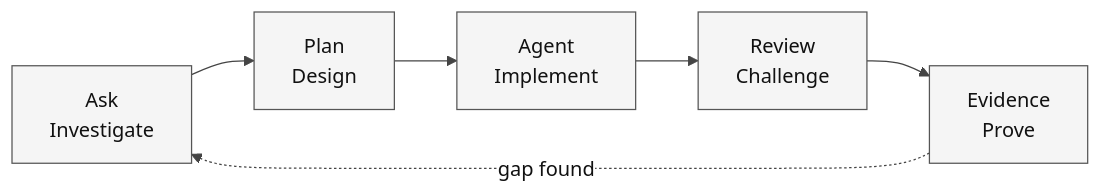
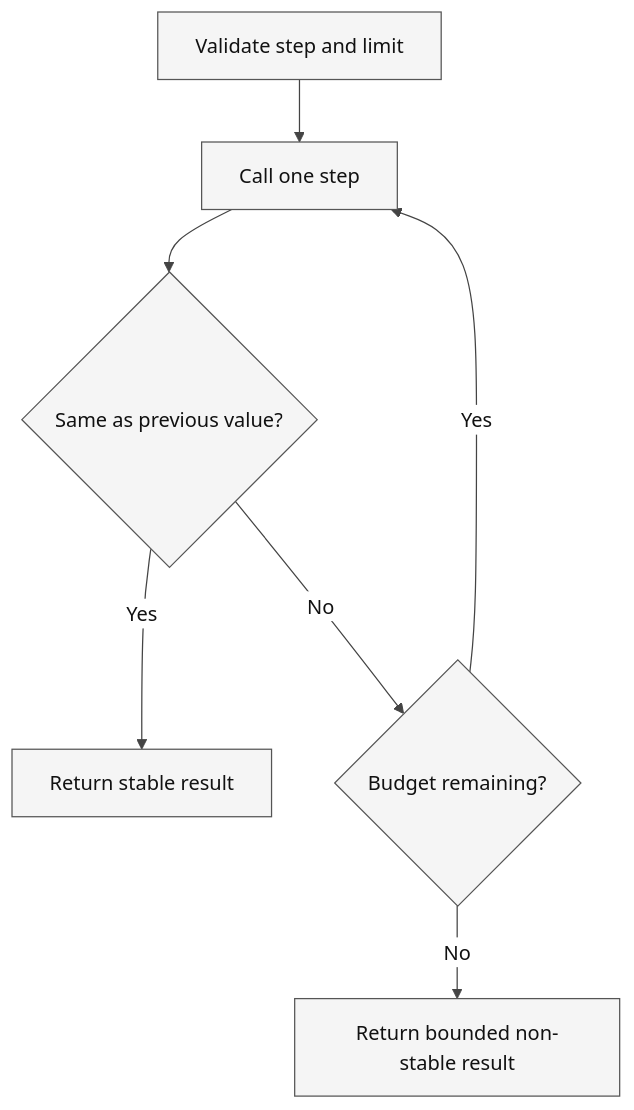
Before and after one commit to workshop-gbb/awesome-copilot-adventures: the diagram in adventures/01-basics/tempora-loop/README.md, drawn with Mermaid. The commit also changed other lines of this file and 215 other files, not shown here.

````diff
--- a/adventures/01-basics/tempora-loop/README.md
+++ b/adventures/01-basics/tempora-loop/README.md
@@ -25,51 +28,52 @@
 ```mermaid
 ---
 config:
   theme: base
   look: classic
   themeVariables:
     darkMode: false
     background: "#ffffff"
     primaryColor: "#f5f5f5"
     primaryTextColor: "#111111"
     primaryBorderColor: "#555555"
     secondaryColor: "#e0e0e0"
     secondaryTextColor: "#111111"
     secondaryBorderColor: "#666666"
     tertiaryColor: "#bdbdbd"
     tertiaryTextColor: "#111111"
     tertiaryBorderColor: "#444444"
     lineColor: "#444444"
     textColor: "#111111"
     mainBkg: "#f5f5f5"
     nodeBorder: "#555555"
     clusterBkg: "#ffffff"
     clusterBorder: "#999999"
     edgeLabelBackground: "#ffffff"
     actorBkg: "#e0e0e0"
     actorBorder: "#555555"
     actorTextColor: "#111111"
     actorLineColor: "#777777"
     signalColor: "#333333"
     signalTextColor: "#111111"
     labelBoxBkgColor: "#f5f5f5"
     labelBoxBorderColor: "#777777"
     labelTextColor: "#111111"
     loopTextColor: "#111111"
     activationBkgColor: "#bdbdbd"
     activationBorderColor: "#555555"
     noteBkgColor: "#f5f5f5"
     noteTextColor: "#111111"
     noteBorderColor: "#777777"
     attributeBackgroundColorOdd: "#f5f5f5"
     attributeBackgroundColorEven: "#e0e0e0"
 ---
-flowchart LR
-    accTitle: Evidence-first development workflow
-    accDescr: Investigation leads to planning, implementation, review and evidence; unresolved gaps return to investigation.
-    A["Ask<br/>Investigate"] --> P["Plan<br/>Design"]
-    P --> G["Agent<br/>Implement"]
-    G --> R["Review<br/>Challenge"]
-    R --> E["Evidence<br/>Prove"]
-    E -. "gap found" .-> A
+flowchart TD
+    accTitle: The Tempora Loop capability map
+    accDescr: Both outcomes are legitimate. A bounded loop must return evidence about why it stopped rather than silently claiming convergence.
+    I["Validate step and limit"] --> S["Call one step"]
+    S --> Q{"Same as previous value?"}
+    Q -->|Yes| D["Return stable result"]
+    Q -->|No| B{"Budget remaining?"}
+    B -->|Yes| S
+    B -->|No| N["Return bounded non-stable result"]
 ```
````
